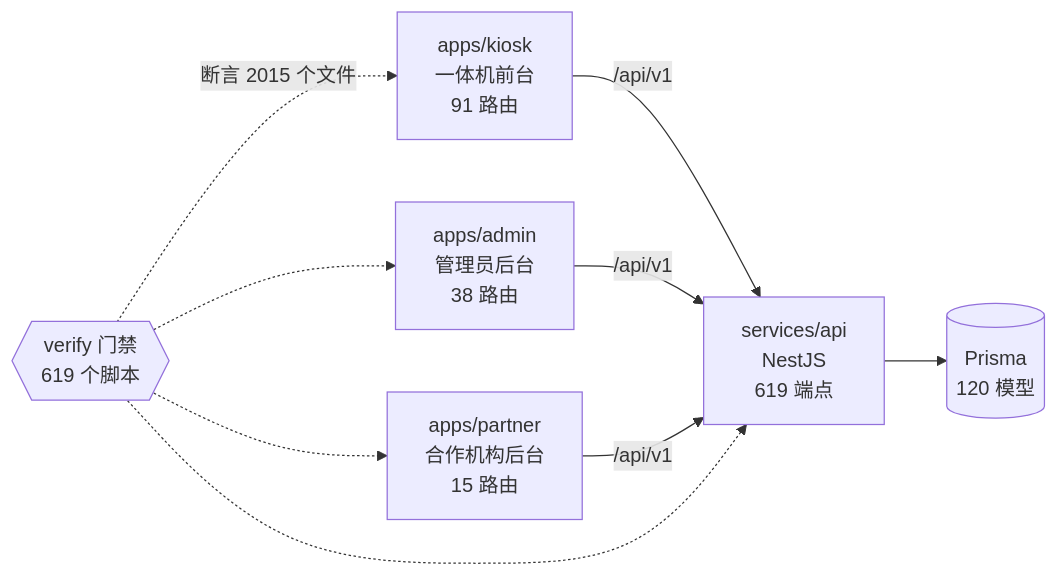
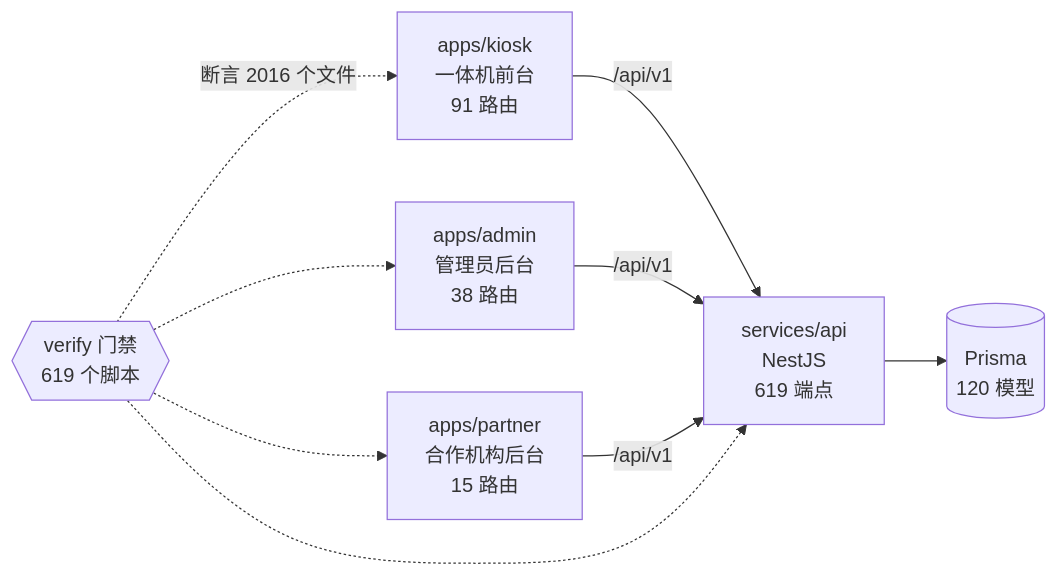
One commit to wanglei581/YITIJI changed the diagram in docs/graph/README.md. Above: the diagram before and after it, drawn with Mermaid. The commit also changed other lines of this file and 6 other files, not shown here.

````diff
--- a/docs/graph/README.md
+++ b/docs/graph/README.md
@@ -68,18 +68,18 @@
 ```mermaid
 flowchart LR
   kiosk["apps/kiosk<br/>一体机前台<br/>91 路由"]
   admin["apps/admin<br/>管理员后台<br/>38 路由"]
   partner["apps/partner<br/>合作机构后台<br/>15 路由"]
   api["services/api<br/>NestJS<br/>619 端点"]
   db[("Prisma<br/>120 模型")]
   gates{{"verify 门禁<br/>619 个脚本"}}
 
   kiosk -->|"/api/v1"| api
   admin -->|"/api/v1"| api
   partner -->|"/api/v1"| api
   api --> db
-  gates -.->|"断言 2015 个文件"| kiosk
+  gates -.->|"断言 2016 个文件"| kiosk
   gates -.-> admin
   gates -.-> partner
   gates -.-> api
 ```
````
